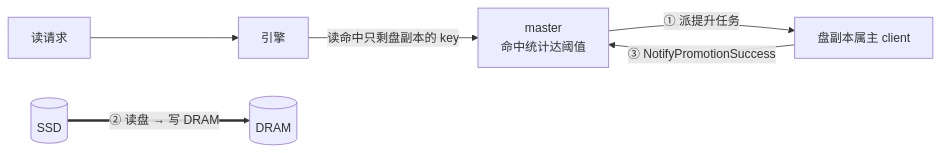
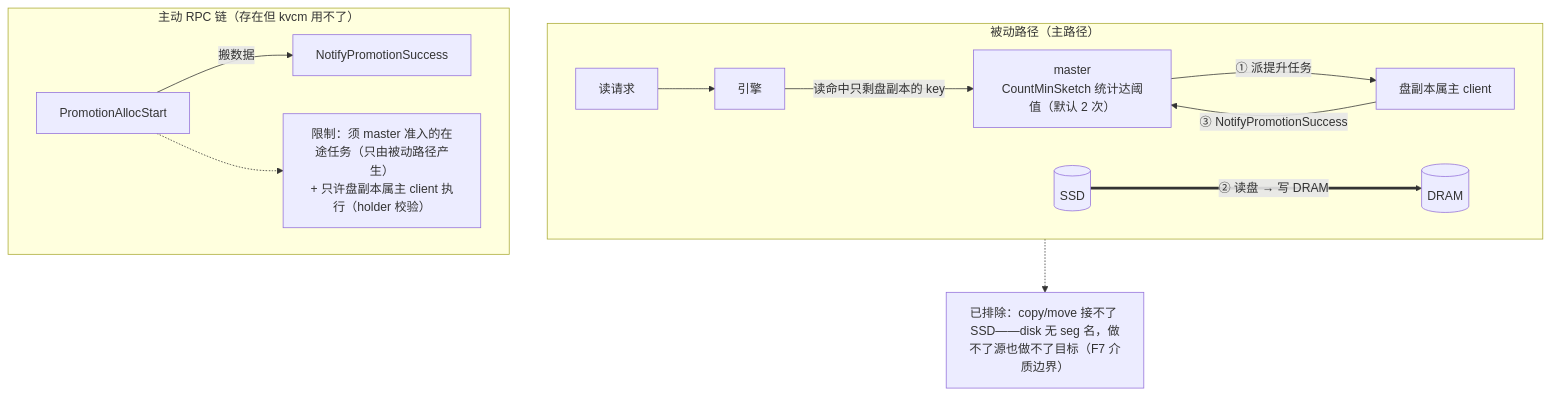
One commit to 5x8-40/lake changed the seventh of 10 diagrams in kvcm/D2-kv-operations.md. Above: the diagram before and after it, drawn with Mermaid. The commit also changed other lines of this file, not shown here.

First line of the commit message:
docs(kvcm): 操作图解全方案覆盖——每操作画齐所有候选与排除项

````diff
--- a/kvcm/D2-kv-operations.md
+++ b/kvcm/D2-kv-operations.md
@@ -356,8 +378,17 @@
 ```mermaid
-flowchart LR
-    REQ["读请求"] --> E["引擎"]
-    E -->|"读命中只剩盘副本的 key"| M["master<br/>命中统计达阈值"]
-    M -->|"① 派提升任务"| H["盘副本属主 client"]
-    S[("SSD")] ==>|"② 读盘 → 写 DRAM"| D[("DRAM")]
-    H -->|"③ NotifyPromotionSuccess"| M
+flowchart TB
+    subgraph PAS["被动路径（主路径）"]
+        REQ["读请求"] --> E["引擎"]
+        E -->|"读命中只剩盘副本的 key"| M1["master<br/>CountMinSketch 统计达阈值（默认 2 次）"]
+        M1 -->|"① 派提升任务"| H["盘副本属主 client"]
+        S1[("SSD")] ==>|"② 读盘 → 写 DRAM"| D1[("DRAM")]
+        H -->|"③ NotifyPromotionSuccess"| M1
+    end
+    subgraph ACT["主动 RPC 链（存在但 kvcm 用不了）"]
+        A2["PromotionAllocStart"] -->|"搬数据"| C2["NotifyPromotionSuccess"]
+        L2["限制：须 master 准入的在途任务（只由被动路径产生）<br/>+ 只许盘副本属主 client 执行（holder 校验）"]
+        A2 -.-> L2
+    end
+    N["已排除：copy/move 接不了 SSD——disk 无 seg 名，做不了源也做不了目标（F7 介质边界）"]
+    PAS -.-> N
 ```
````
